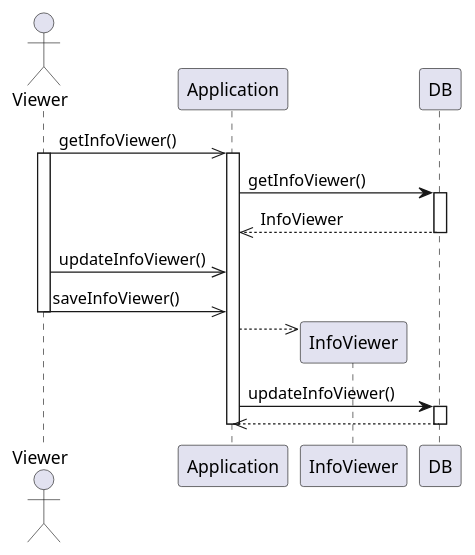
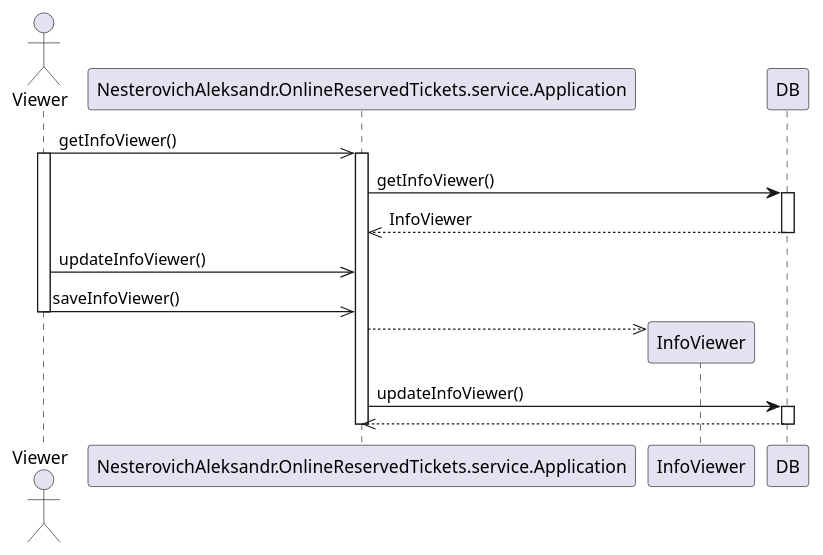
One commit to chivo-retsen/OnlineReservedTickets changed the diagram in src/main/resources/UML/change personal information.puml. Above: the diagram before and after it, drawn with PlantUML. The commit also changed 31 other files, not shown here.

```diff
--- a/src/main/resources/UML/change personal information.puml
+++ b/src/main/resources/UML/change personal information.puml
@@ -1,29 +1,29 @@
 @startuml
 
 actor Viewer
 
-Viewer ->> Application : getInfoViewer()
+Viewer ->> NesterovichAleksandr.OnlineReservedTickets.service.Application : getInfoViewer()
 activate Viewer
-activate Application
-Application -> DB : getInfoViewer()
+activate NesterovichAleksandr.OnlineReservedTickets.service.Application
+NesterovichAleksandr.OnlineReservedTickets.service.Application -> DB : getInfoViewer()
 activate DB
-Application <<-- DB : InfoViewer
+NesterovichAleksandr.OnlineReservedTickets.service.Application <<-- DB : InfoViewer
 deactivate DB
-Viewer ->> Application : updateInfoViewer()
-Viewer ->> Application : saveInfoViewer()
+Viewer ->> NesterovichAleksandr.OnlineReservedTickets.service.Application : updateInfoViewer()
+Viewer ->> NesterovichAleksandr.OnlineReservedTickets.service.Application : saveInfoViewer()
 deactivate Viewer
 
 create InfoViewer
-Application -->> InfoViewer
+NesterovichAleksandr.OnlineReservedTickets.service.Application -->> InfoViewer
 
 
 database DB
 
-Application -> DB : updateInfoViewer()
+NesterovichAleksandr.OnlineReservedTickets.service.Application -> DB : updateInfoViewer()
 activate DB
-Application <<-- DB
+NesterovichAleksandr.OnlineReservedTickets.service.Application <<-- DB
 deactivate DB
 
-deactivate Application
+deactivate NesterovichAleksandr.OnlineReservedTickets.service.Application
 
 @enduml
```
